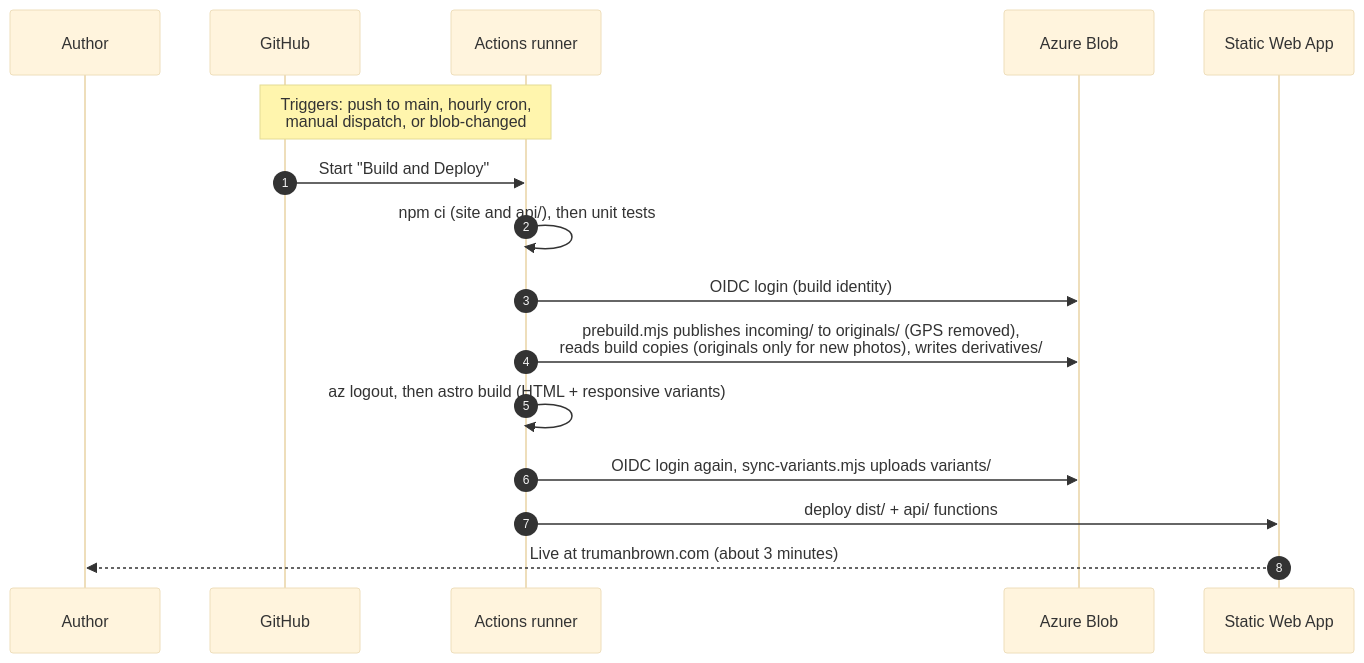
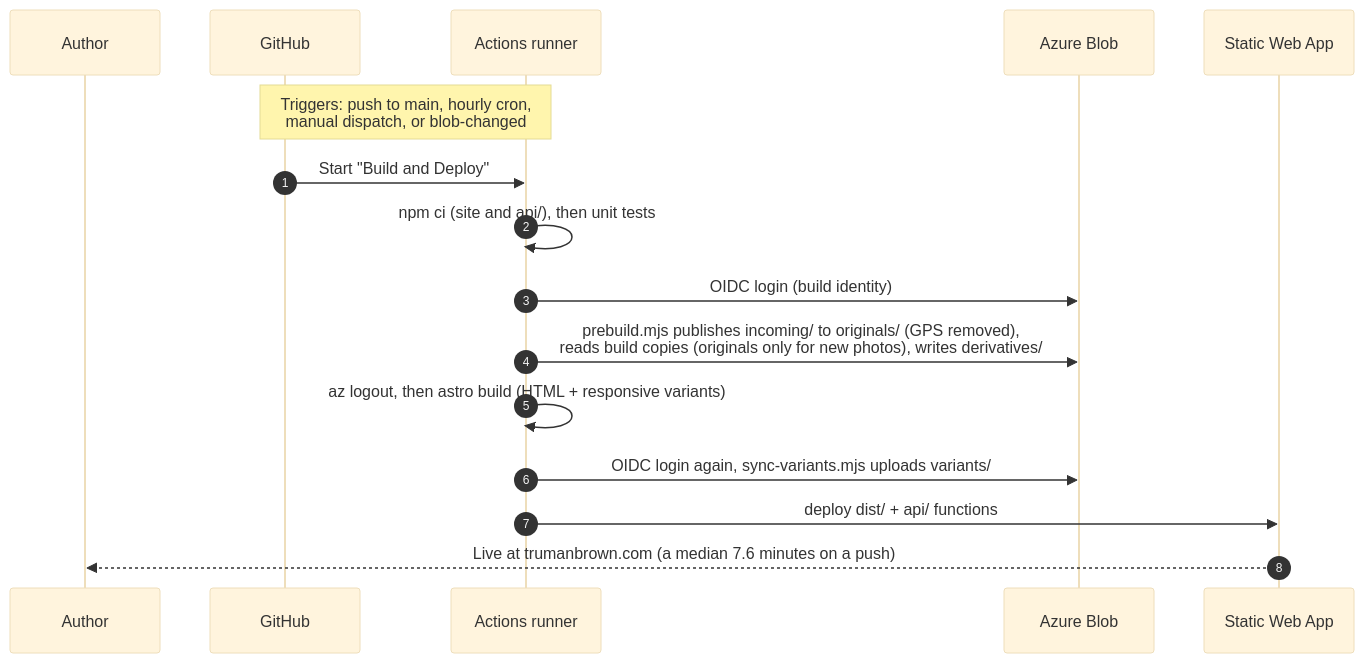
Before and after one commit to TrumanBrown/photography-website: the second of 3 diagrams in docs/architecture.md, drawn with Mermaid (base theme). The commit also changed other lines of this file and 23 other files, not shown here.

````diff
--- a/docs/architecture.md
+++ b/docs/architecture.md
@@ -163,18 +170,18 @@
 ```mermaid
 sequenceDiagram
     autonumber
     participant Dev as Author
     participant GH as GitHub
     participant GA as Actions runner
     participant AZ as Azure Blob
     participant SWA as Static Web App
     Note over GH,GA: Triggers: push to main, hourly cron,<br/>manual dispatch, or blob-changed
     GH->>GA: Start "Build and Deploy"
     GA->>GA: npm ci (site and api/), then unit tests
     GA->>AZ: OIDC login (build identity)
     GA->>AZ: prebuild.mjs publishes incoming/ to originals/ (GPS removed),<br/>reads build copies (originals only for new photos), writes derivatives/
     GA->>GA: az logout, then astro build (HTML + responsive variants)
     GA->>AZ: OIDC login again, sync-variants.mjs uploads variants/
     GA->>SWA: deploy dist/ + api/ functions
-    SWA-->>Dev: Live at trumanbrown.com (about 3 minutes)
+    SWA-->>Dev: Live at trumanbrown.com (a median 7.6 minutes on a push)
 ```
````
